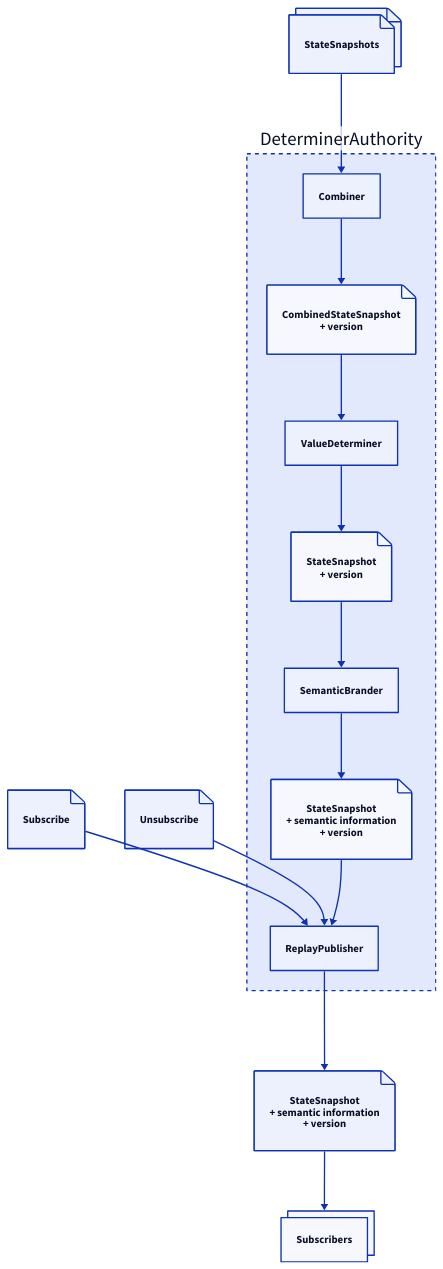
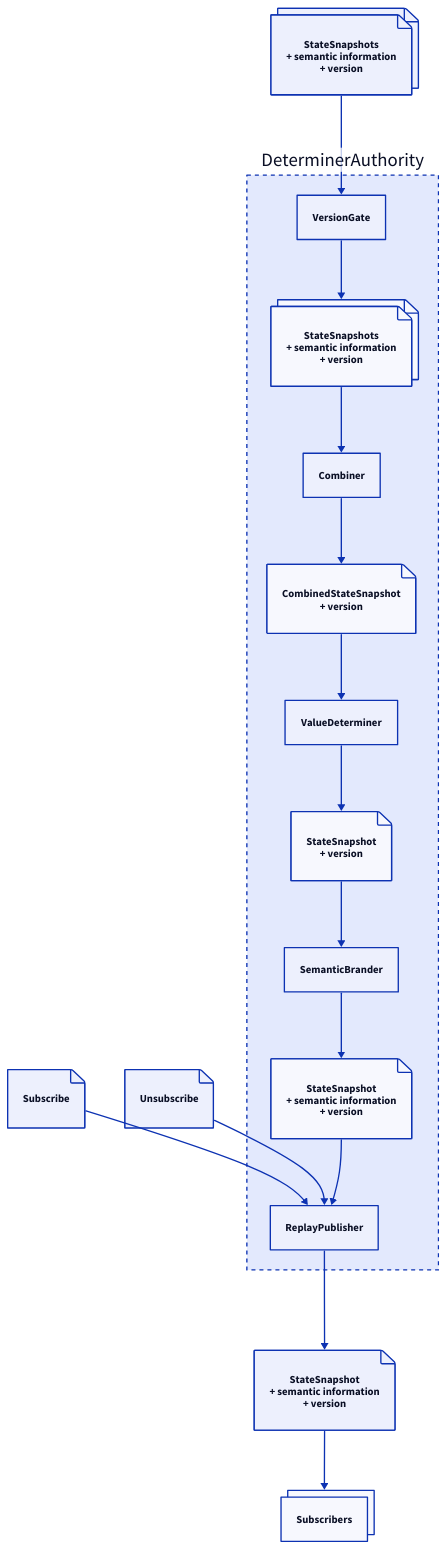
Before and after one commit to MostlyIT/nact-extensions: the diagram in source/actors/state/determiner-authority/DeterminerAuthority.d2, drawn with D2. The commit also changed 1 other file, not shown here.

Commit message:
Authorities plan: Split the responsibility of version gating and combining state snapshots.

```diff
--- a/source/actors/state/determiner-authority/DeterminerAuthority.d2
+++ b/source/actors/state/determiner-authority/DeterminerAuthority.d2
@@ -1,55 +1,61 @@
 classes: {
   composition: {
     style.stroke-dash: 3
   }
 }
 
 # Input messages
-StateSnapshots: {
+StateSnapshots: StateSnapshots\n+ semantic information\n+ version {
   shape: page
   style.multiple: true
 }
-StateSnapshots -> DeterminerAuthority.Combiner
+StateSnapshots -> DeterminerAuthority.VersionGate
 Subscribe: {
   shape: page
 }
 Subscribe -> DeterminerAuthority.ReplayPublisher
 Unsubscribe: {
   shape: page
 }
 Unsubscribe -> DeterminerAuthority.ReplayPublisher
 
 # Main actor
 DeterminerAuthority: {
   class: composition
 
   # Internal actors
   Combiner
   ReplayPublisher
   SemanticBrander
   ValueDeterminer
+  VersionGate
 
   CombinedStateSnapshot: CombinedStateSnapshot\n+ version {
     shape: page
   }
   Combiner -> CombinedStateSnapshot -> ValueDeterminer
   StateSnapshotWithMetaData: StateSnapshot\n+ semantic information\n+ version {
     shape: page
   }
   SemanticBrander -> StateSnapshotWithMetaData -> ReplayPublisher
   StateSnapshot: StateSnapshot\n+ version {
     shape: page
   }
   ValueDeterminer -> StateSnapshot -> SemanticBrander
+  StateSnapshots: StateSnapshots\n+ semantic information\n+ version {
+    shape: page
+    style.multiple: true
+  }
+  VersionGate -> StateSnapshots -> Combiner
 }
 
 # Output messages
 OutputStateSnapshot: StateSnapshot\n+ semantic information\n+ version {
   shape: page
 }
 DeterminerAuthority.ReplayPublisher -> OutputStateSnapshot -> Subscribers
 
 # Environment actors
 Subscribers: {
   style.multiple: true
 }
```
